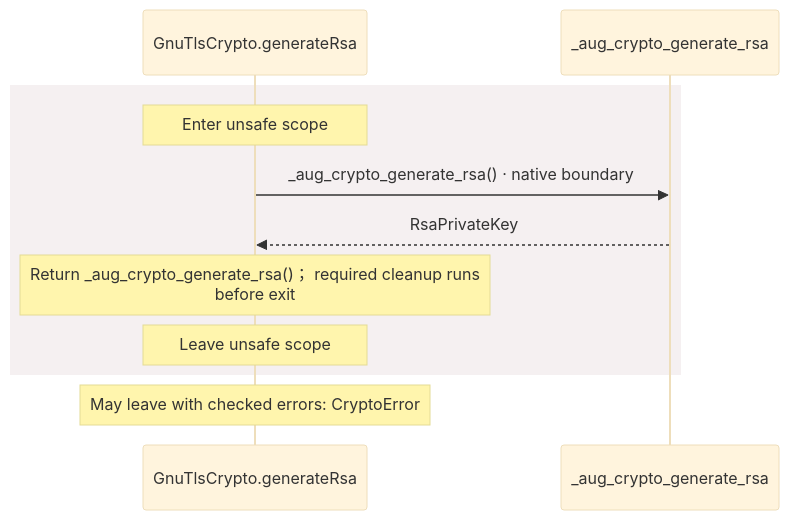
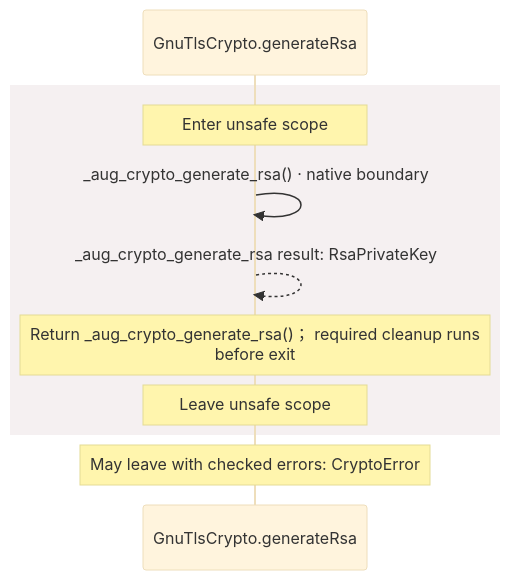
Before and after one commit to GreenPandaStudios/augscript: the fifth of 13 diagrams in docs/examples/oidc-login/dependencies/packages/@git/url_9ef654c66d34ab8f5527/0.0.0-git.b14a0f9aa41f1ce58bd51133bcdc424033e40d40/contracts-diagrams.md, drawn with Mermaid (base theme). The commit also changed other lines of this file and 304 other files, not shown here.

Commit message:
Make generated data-flow sequences concise and review every diagram

````diff
--- a/docs/examples/oidc-login/dependencies/packages/@git/url_9ef654c66d34ab8f5527/0.0.0-git.b14a0f9aa41f1ce58bd51133bcdc424033e40d40/contracts-diagrams.md
+++ b/docs/examples/oidc-login/dependencies/packages/@git/url_9ef654c66d34ab8f5527/0.0.0-git.b14a0f9aa41f1ce58bd51133bcdc424033e40d40/contracts-diagrams.md
@@ -331,13 +294,13 @@
 ```mermaid
 sequenceDiagram
     participant p0 as GnuTlsCrypto.generateRsa
-    participant p1 as _aug_crypto_generate_rsa
+
     rect rgb(245, 240, 241)
     Note over p0: Enter unsafe scope
-    p0->>p1: _aug_crypto_generate_rsa() · native boundary
-    p1-->>p0: RsaPrivateKey
+    p0->>p0: _aug_crypto_generate_rsa() · native boundary
+    p0-->>p0: _aug_crypto_generate_rsa result: RsaPrivateKey
     Note over p0: Return _aug_crypto_generate_rsa()； required cleanup runs<br/>before exit
     Note over p0: Leave unsafe scope
     end
     Note over p0: May leave with checked errors: CryptoError
 ```
````
